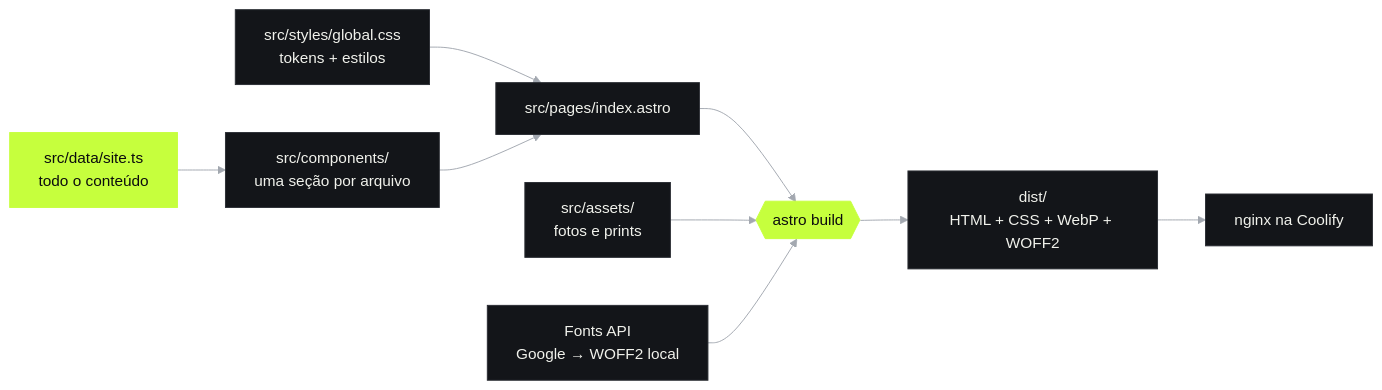
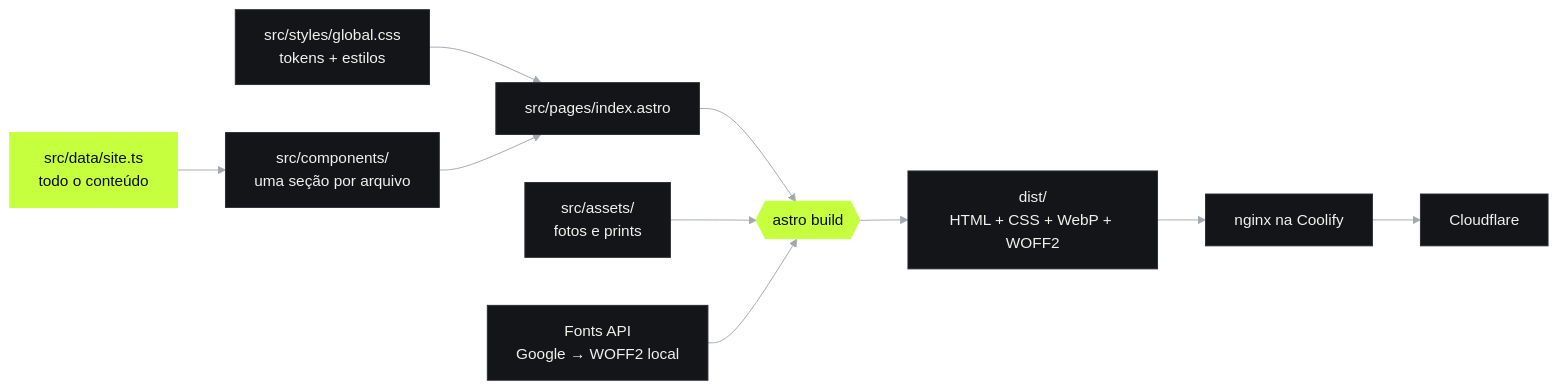
Before and after one commit to sondavi1991/meu-site-pessoal: the second of 2 diagrams in README.md, drawn with Mermaid. The commit also changed other lines of this file and 4 other files, not shown here.

````diff
--- a/README.md
+++ b/README.md
@@ -89,14 +89,15 @@
 ```mermaid
 %%{init: {'theme':'base','themeVariables':{'primaryColor':'#131519','primaryTextColor':'#f1f2ec','primaryBorderColor':'#2a2d33','lineColor':'#a3a8b0','fontFamily':'ui-monospace, monospace'}}}%%
 flowchart LR
     data["src/data/site.ts<br/>todo o conteúdo"]:::lime --> comps["src/components/<br/>uma seção por arquivo"]
     css["src/styles/global.css<br/>tokens + estilos"] --> page
     comps --> page["src/pages/index.astro"]
     page --> build{{"astro build"}}:::lime
     img["src/assets/<br/>fotos e prints"] --> build
     fonts["Fonts API<br/>Google → WOFF2 local"] --> build
     build --> dist["dist/<br/>HTML + CSS + WebP + WOFF2"]
     dist --> host["nginx na Coolify"]
+    host --> cdn["Cloudflare"]
 
     classDef lime fill:#c6ff3d,color:#0b0c0e,stroke:#c6ff3d
 ```
````
